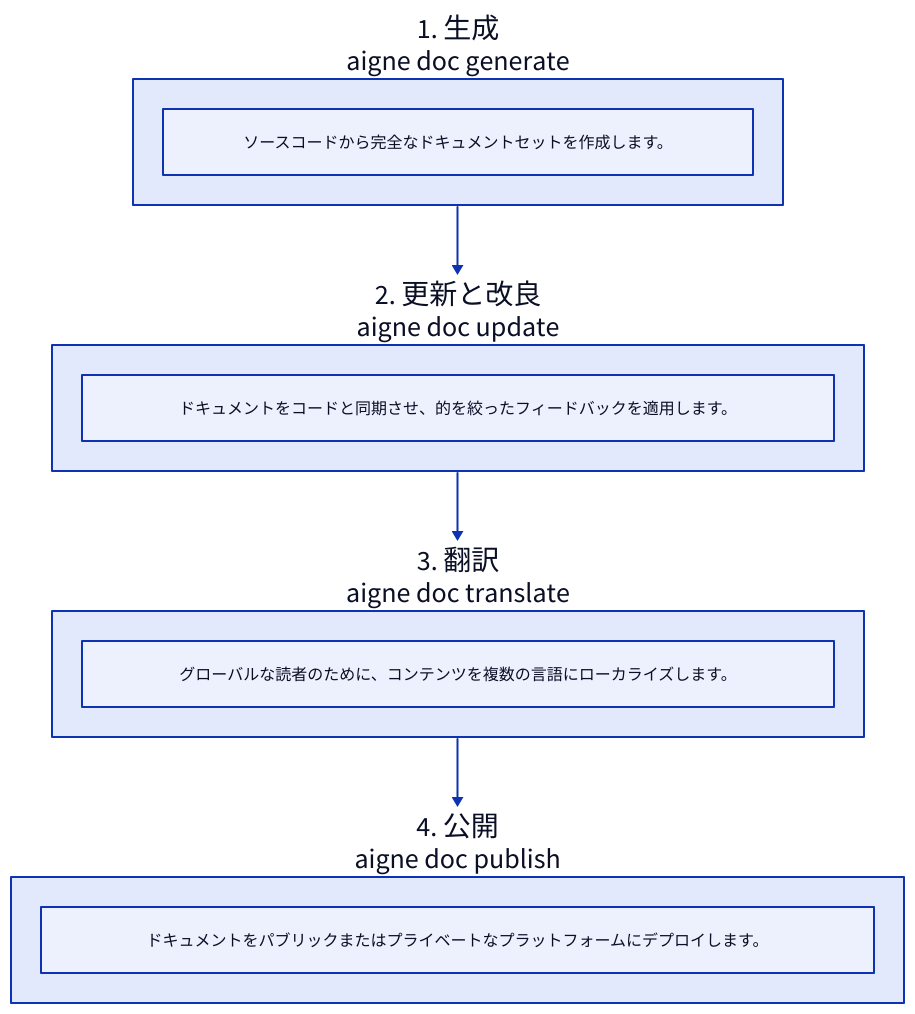
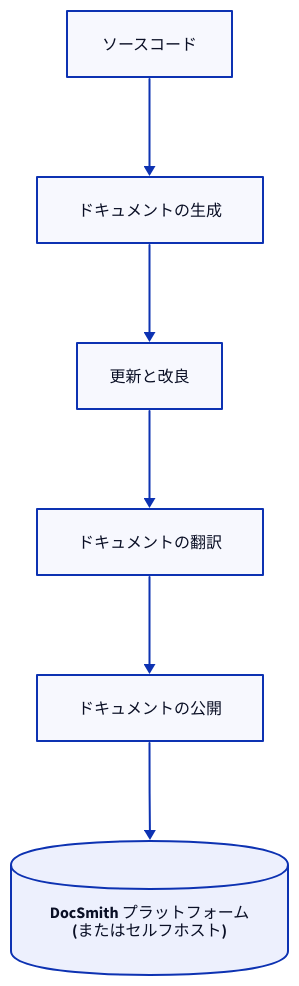
Before and after one commit to AIGNE-io/aigne-doc-smith: the diagram in docs/features.ja.md, drawn with D2. The commit also changed other lines of this file and 84 other files, not shown here.

````diff
--- a/docs/features.ja.md
+++ b/docs/features.ja.md
@@ -5,29 +5,39 @@
 ```d2
 direction: down
 
-Generate: {
-  label: "1. 生成\naigne doc generate"
+source-code: {
+  label: "ソースコード"
   shape: rectangle
-  description: "ソースコードから完全なドキュメントセットを作成します。"
 }
 
-Refine: {
-  label: "2. 更新と改良\naigne doc update"
+generate-documentation: {
+  label: "ドキュメントの生成"
   shape: rectangle
-  description: "ドキュメントをコードと同期させ、的を絞ったフィードバックを適用します。"
 }
 
-Translate: {
-  label: "3. 翻訳\naigne doc translate"
+update-and-refine: {
+  label: "更新と改良"
   shape: rectangle
-  description: "グローバルな読者のために、コンテンツを複数の言語にローカライズします。"
 }
 
-Publish: {
-  label: "4. 公開\naigne doc publish"
+translate-documentation: {
+  label: "ドキュメントの翻訳"
   shape: rectangle
-  description: "ドキュメントをパブリックまたはプライベートなプラットフォームにデプロイします。"
 }
 
-Generate -> Refine -> Translate -> Publish
+publish-docs: {
+  label: "ドキュメントの公開"
+  shape: rectangle
+}
+
+platform: {
+  label: "DocSmith プラットフォーム\n(またはセルフホスト)"
+  shape: cylinder
+}
+
+source-code -> generate-documentation
+generate-documentation -> update-and-refine
+update-and-refine -> translate-documentation
+translate-documentation -> publish-docs
+publish-docs -> platform
 ```
````
